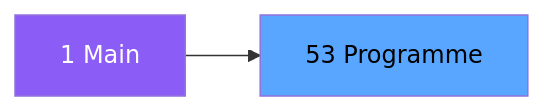
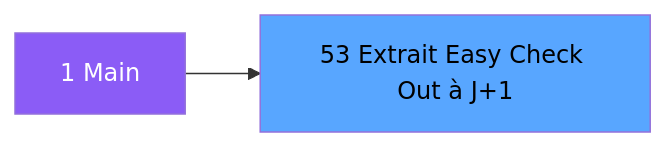
One commit to thonyAGP/magic-migration changed the second of 3 diagrams in .openspec/specs/ADH-IDE-53.md. Above: the diagram before and after it, drawn with Mermaid. The commit also changed other lines of this file and 323 other files, not shown here.

````diff
--- a/.openspec/specs/ADH-IDE-53.md
+++ b/.openspec/specs/ADH-IDE-53.md
@@ -102,8 +110,8 @@
 ```mermaid
 graph LR
     M[1 Main]
-    T[53 Programme]
+    T[53 Extrait Easy Check Out à J+1]
     M --> T
     style M fill:#8b5cf6,color:#fff
     style T fill:#58a6ff,color:#000
 ```
````
